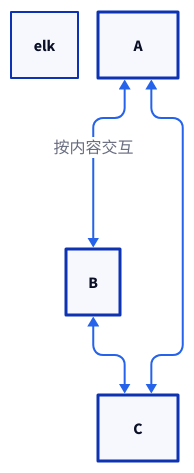
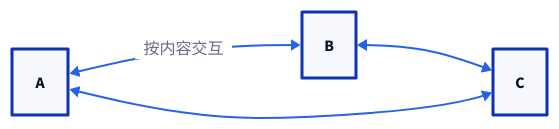
One commit to 111qqz/111qqz.github.io changed the diagram in images/where-sequence-order-went/self-attention-symmetry.d2. Above: the diagram before and after it, drawn with D2. The commit also changed 4262 other files, not shown here.

Commit message:
fix: 修复 D2 配图显示尺寸过大问题并优化文章图表布局 111qqz/hugo-blog@676d4325cba7819ac391c37e539dd3b8ec0dd11f

```diff
--- a/images/where-sequence-order-went/self-attention-symmetry.d2
+++ b/images/where-sequence-order-went/self-attention-symmetry.d2
@@ -1,25 +1,24 @@
-layout-engine: elk
-direction: down
+direction: right
 
 a: "A" {
   style.bold: true
   style.stroke-width: 3
 }
 b: "B" {
   style.bold: true
   style.stroke-width: 3
 }
 c: "C" {
   style.bold: true
   style.stroke-width: 3
 }
 
 a <-> b: "按内容交互" {
   style.stroke: "#2563eb"
 }
-a <-> c: {
+b <-> c {
   style.stroke: "#2563eb"
 }
-b <-> c: {
+a <-> c {
   style.stroke: "#2563eb"
 }
```
